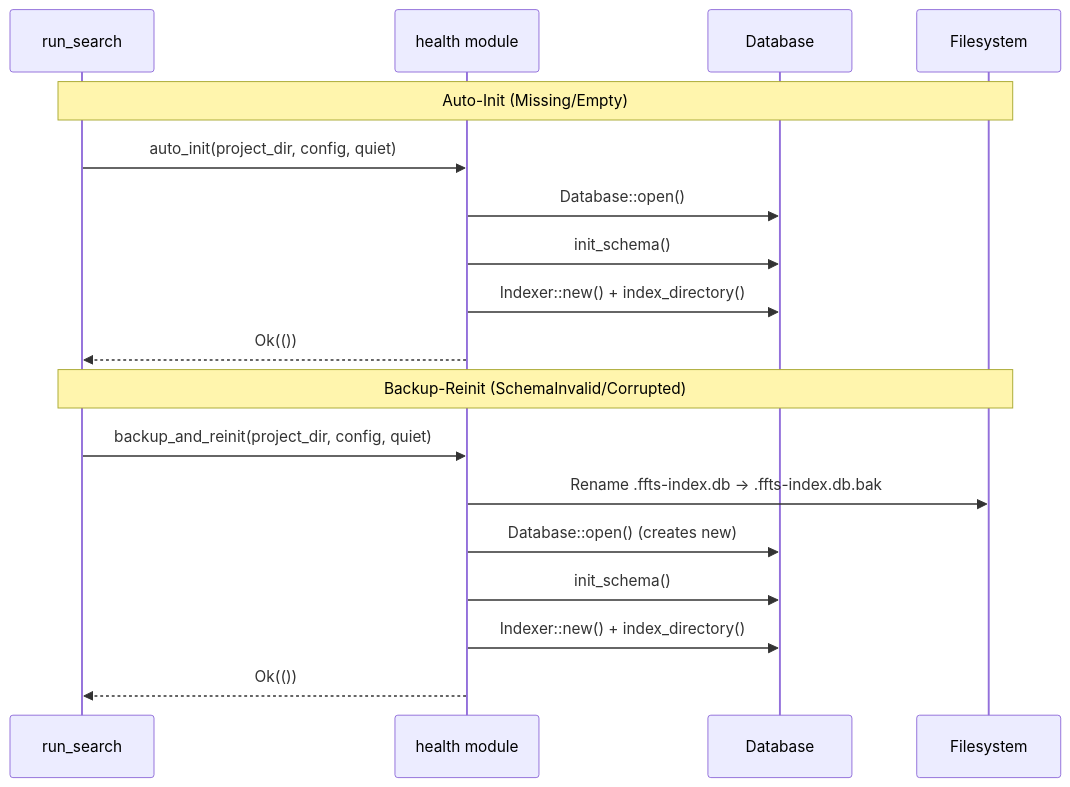
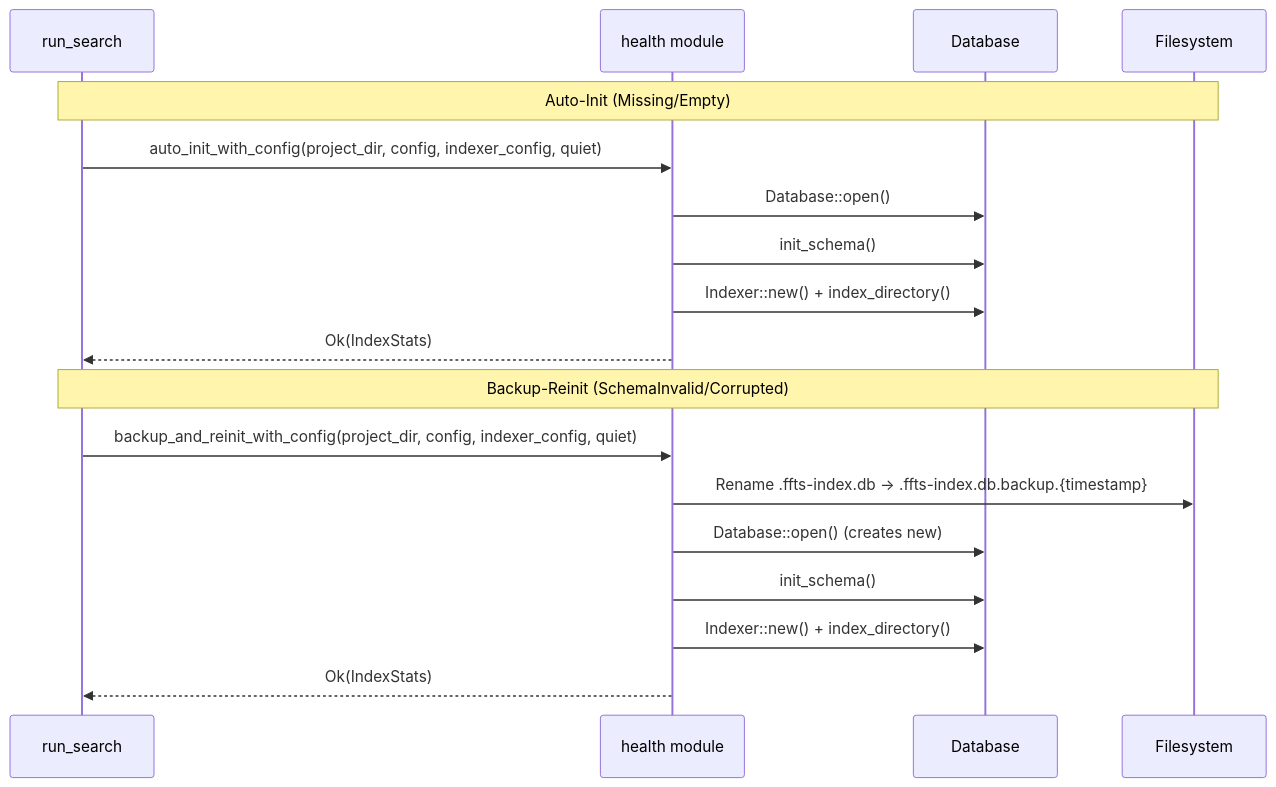
One commit to mneves75/ffts-grep changed the fifth of 5 diagrams in docs/state-machines/04-search-flow.md. Above: the diagram before and after it, drawn with Mermaid. The commit also changed other lines of this file and 23 other files, not shown here.

````diff
--- a/docs/state-machines/04-search-flow.md
+++ b/docs/state-machines/04-search-flow.md
@@ -145,22 +144,22 @@
 ```mermaid
 sequenceDiagram
     participant Search as run_search
     participant Health as health module
     participant DB as Database
     participant FS as Filesystem
 
     Note over Search,FS: Auto-Init (Missing/Empty)
-    Search->>Health: auto_init(project_dir, config, quiet)
+    Search->>Health: auto_init_with_config(project_dir, config, indexer_config, quiet)
     Health->>DB: Database::open()
     Health->>DB: init_schema()
     Health->>DB: Indexer::new() + index_directory()
-    Health-->>Search: Ok(())
+    Health-->>Search: Ok(IndexStats)
 
     Note over Search,FS: Backup-Reinit (SchemaInvalid/Corrupted)
-    Search->>Health: backup_and_reinit(project_dir, config, quiet)
-    Health->>FS: Rename .ffts-index.db → .ffts-index.db.bak
+    Search->>Health: backup_and_reinit_with_config(project_dir, config, indexer_config, quiet)
+    Health->>FS: Rename .ffts-index.db → .ffts-index.db.backup.{timestamp}
     Health->>DB: Database::open() (creates new)
     Health->>DB: init_schema()
     Health->>DB: Indexer::new() + index_directory()
-    Health-->>Search: Ok(())
+    Health-->>Search: Ok(IndexStats)
 ```
````
